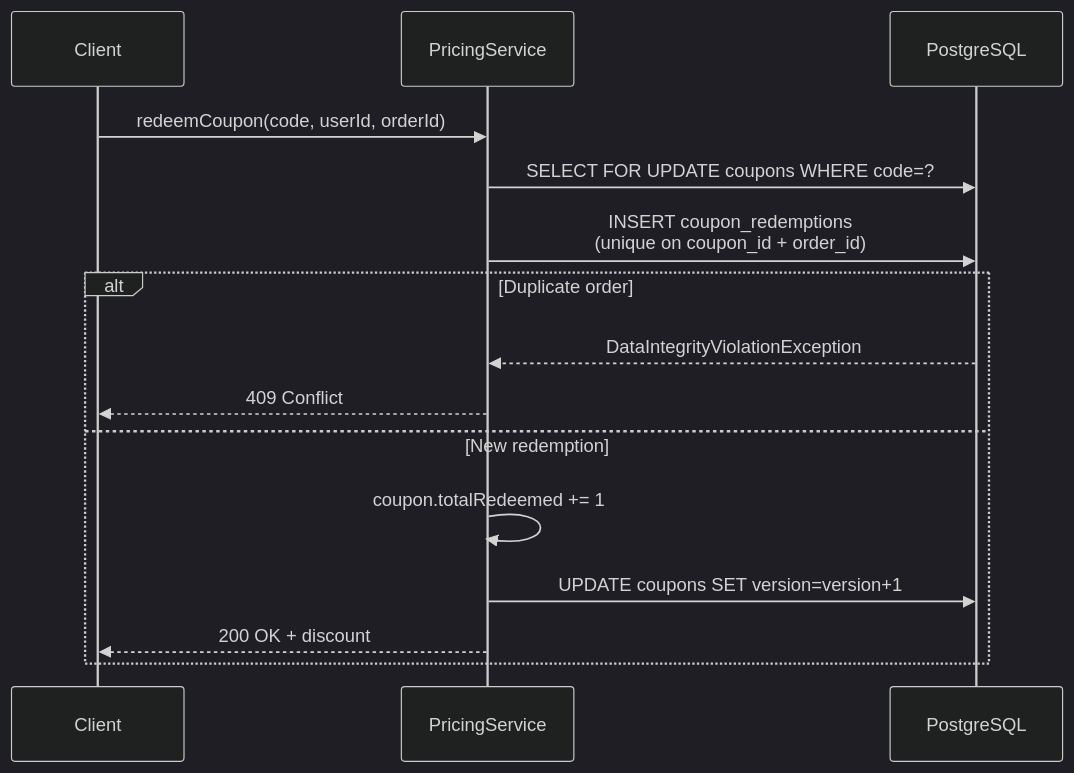
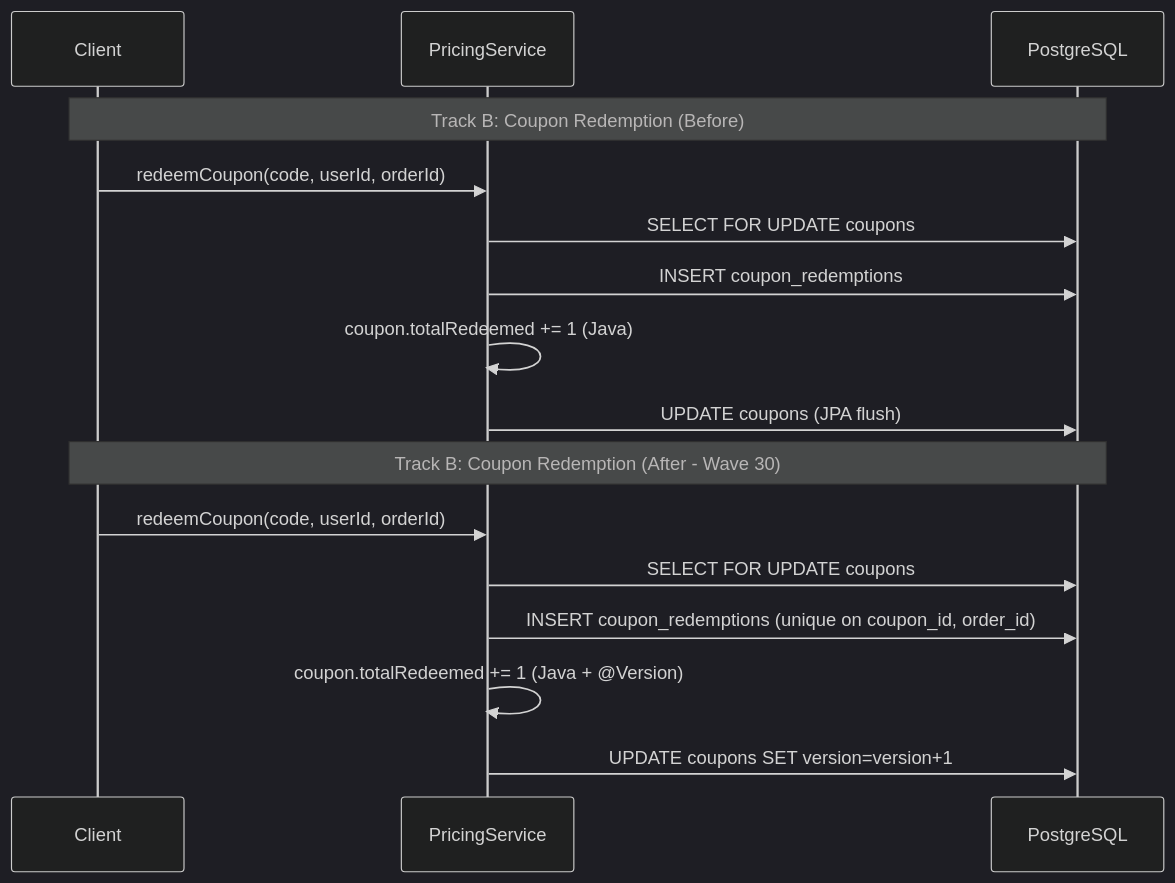
One commit to sunitakeazycommerz-a11y/InstaCommerce changed the second of 4 diagrams in docs/reviews/iter3/WAVE-30-IMPLEMENTATION.md. Above: the diagram before and after it, drawn with Mermaid (dark theme). The commit also changed other lines of this file and 646 other files, not shown here.

First line of the commit message:
feat(platform): harden edge tier, standardize monorepo architecture, and archive historical docs

````diff
--- a/docs/reviews/iter3/WAVE-30-IMPLEMENTATION.md
+++ b/docs/reviews/iter3/WAVE-30-IMPLEMENTATION.md
@@ -67,18 +102,20 @@
 ```mermaid
 sequenceDiagram
-    participant C as Client
-    participant PS as PricingService
+    participant Client
+    participant PricingService
     participant DB as PostgreSQL
 
-    C->>PS: redeemCoupon(code, userId, orderId)
-    PS->>DB: SELECT FOR UPDATE coupons WHERE code=?
-    PS->>DB: INSERT coupon_redemptions<br/>(unique on coupon_id + order_id)
-    alt Duplicate order
-        DB-->>PS: DataIntegrityViolationException
-        PS-->>C: 409 Conflict
-    else New redemption
-        PS->>PS: coupon.totalRedeemed += 1
-        PS->>DB: UPDATE coupons SET version=version+1
-        PS-->>C: 200 OK + discount
-    end
+    Note over Client,DB: Track B: Coupon Redemption (Before)
+    Client->>PricingService: redeemCoupon(code, userId, orderId)
+    PricingService->>DB: SELECT FOR UPDATE coupons
+    PricingService->>DB: INSERT coupon_redemptions
+    PricingService->>PricingService: coupon.totalRedeemed += 1 (Java)
+    PricingService->>DB: UPDATE coupons (JPA flush)
+
+    Note over Client,DB: Track B: Coupon Redemption (After - Wave 30)
+    Client->>PricingService: redeemCoupon(code, userId, orderId)
+    PricingService->>DB: SELECT FOR UPDATE coupons
+    PricingService->>DB: INSERT coupon_redemptions (unique on coupon_id, order_id)
+    PricingService->>PricingService: coupon.totalRedeemed += 1 (Java + @Version)
+    PricingService->>DB: UPDATE coupons SET version=version+1
 ```
````
